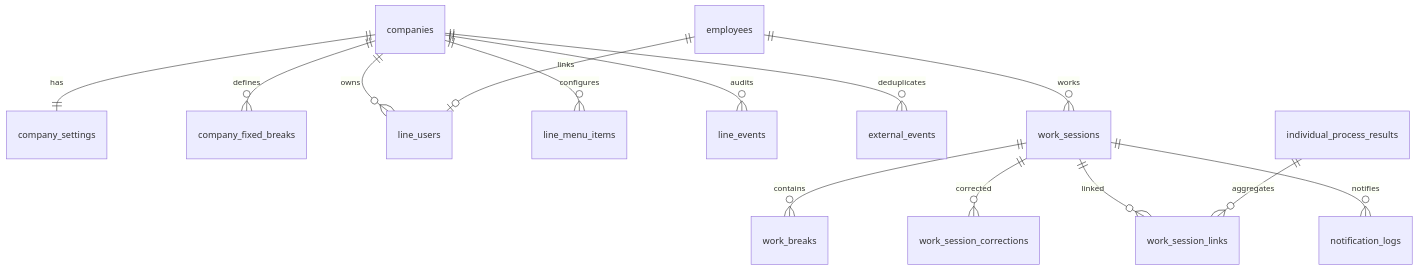
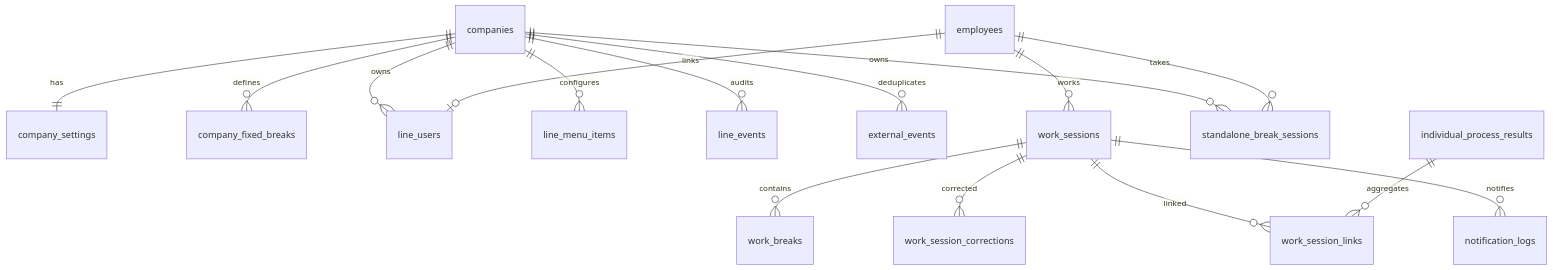
Before and after one commit to wellzfriend420/wellzfriend-toraiannguru-manufacturing-management: the diagram in docs/16-phase2a-er-and-migration.md, drawn with Mermaid. The commit also changed 11 other files, not shown here.

````diff
--- a/docs/16-phase2a-er-and-migration.md
+++ b/docs/16-phase2a-er-and-migration.md
@@ -3,16 +3,18 @@
 ```mermaid
 erDiagram
   companies ||--|| company_settings : has
   companies ||--o{ company_fixed_breaks : defines
   companies ||--o{ line_users : owns
   employees ||--o| line_users : links
   companies ||--o{ line_menu_items : configures
   companies ||--o{ line_events : audits
   companies ||--o{ external_events : deduplicates
   employees ||--o{ work_sessions : works
   work_sessions ||--o{ work_breaks : contains
+  companies ||--o{ standalone_break_sessions : owns
+  employees ||--o{ standalone_break_sessions : takes
   work_sessions ||--o{ work_session_corrections : corrected
   work_sessions ||--o{ work_session_links : linked
   individual_process_results ||--o{ work_session_links : aggregates
   work_sessions ||--o{ notification_logs : notifies
 ```
````
